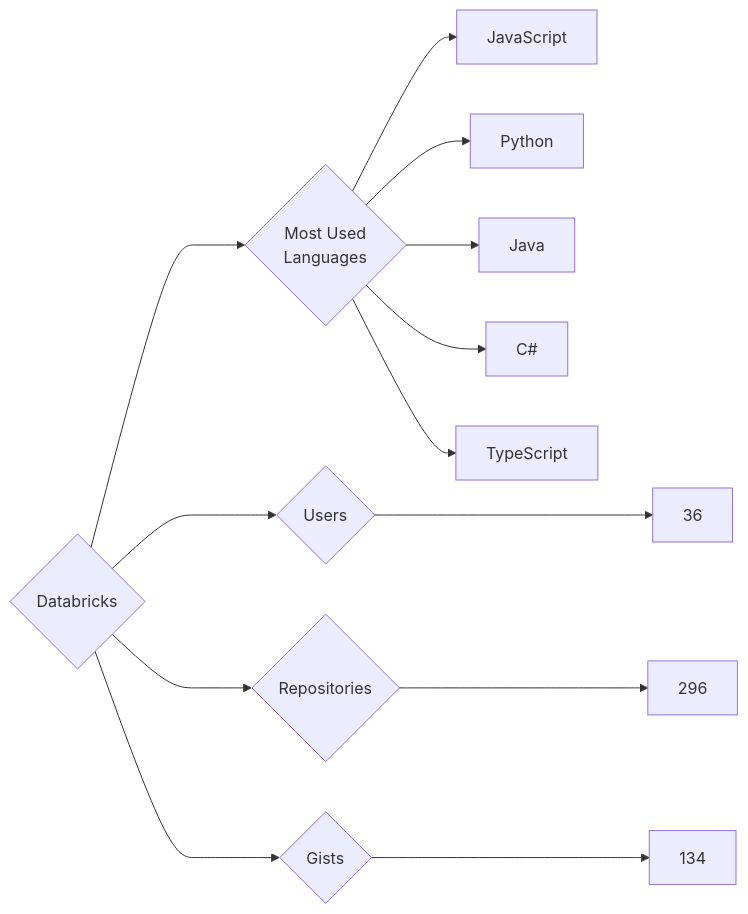
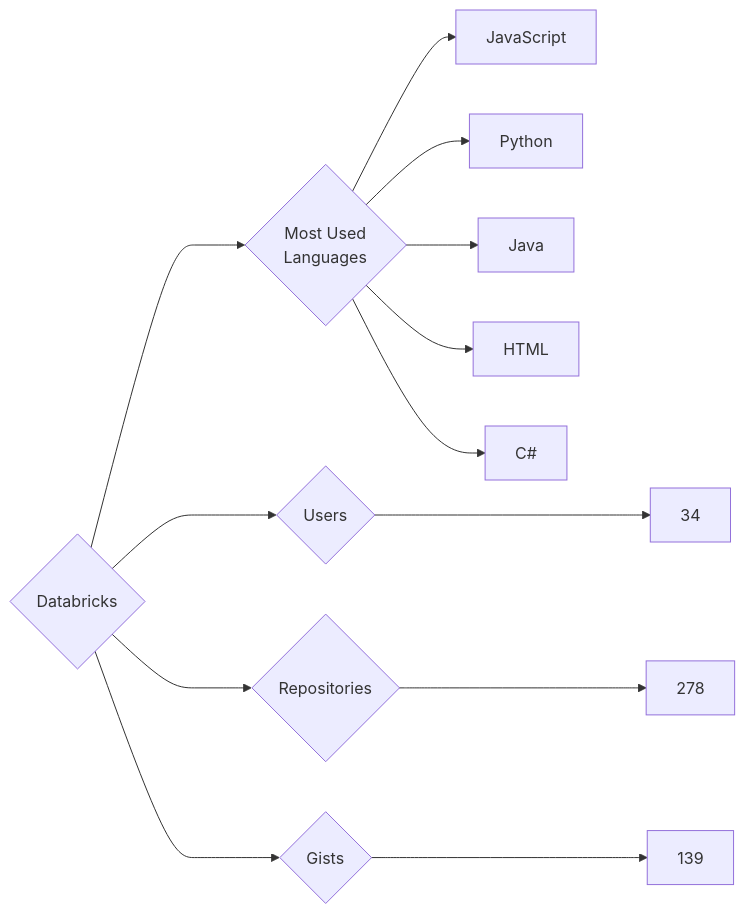
The diagram in targets/Databricks/README.md (trickest/insiders), drawn with Mermaid before and after one commit. The commit also changed 682 other files, not shown here.

````diff
--- a/targets/Databricks/README.md
+++ b/targets/Databricks/README.md
@@ -3,13 +3,13 @@
 ```mermaid
 graph LR
 COMPANY_NAME{Databricks}
-COMPANY_NAME ---> U{Users} ---> UN[36]
-COMPANY_NAME ---> R{Repositories} ---> RN[296]
-COMPANY_NAME ---> G{Gists} ---> GN[134]
+COMPANY_NAME ---> U{Users} ---> UN[34]
+COMPANY_NAME ---> R{Repositories} ---> RN[278]
+COMPANY_NAME ---> G{Gists} ---> GN[139]
 COMPANY_NAME ---> ML{Most Used<br>Languages}
 ML --> JavaScript[JavaScript]
 ML --> Python[Python]
 ML --> Java[Java]
+ML --> HTML[HTML]
 ML --> C#[C#]
-ML --> TypeScript[TypeScript]
 ```
````
